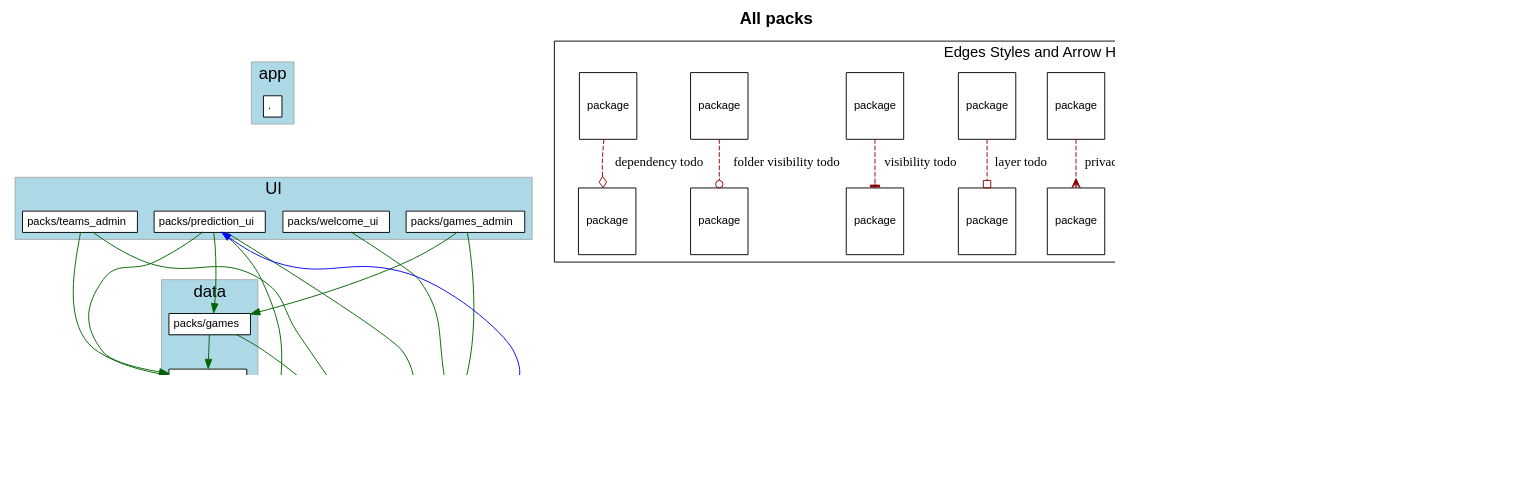
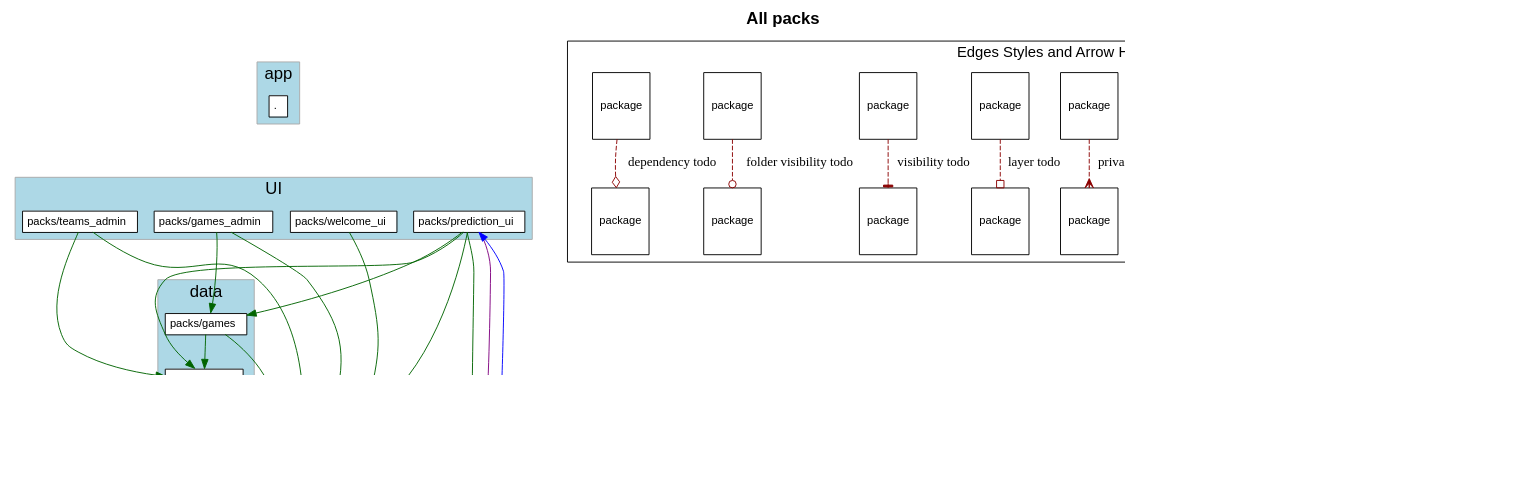
The diagram in diagrams/all_packs.dot (shageman/package-based-rails-applications), drawn with Graphviz before and after one commit. The commit also changed 10 other files, not shown here.

```diff
--- a/diagrams/all_packs.dot
+++ b/diagrams/all_packs.dot
@@ -124,12 +124,12 @@
       style=filled
         label="utility"
         cluster=true
-        rank = 3        "packs/predictor" [
+        rank = 3        "packs/prediction_ui/packs/predictor" [
             fontsize=12.0
             label= <
                 <table border='0' cellborder='1' cellspacing='0' cellpadding='16'><tr><td>
                   <table border='0' cellborder='1' cellspacing='0' cellpadding='4'>
-                    <tr> <td port='private'> packs/predictor </td> </tr>
+                    <tr> <td port='private'> packs/prediction_ui/packs/predictor </td> </tr>
                   </table>
                   </td></tr>
                   </table>
@@ -146,8 +146,8 @@
           ]
         
     }
-              "packs/games" -> "packs/predictor" [ style=invis ]
-              "packs/teams" -> "packs/predictor" [ style=invis ]
+              "packs/games" -> "packs/prediction_ui/packs/predictor" [ style=invis ]
+              "packs/teams" -> "packs/prediction_ui/packs/predictor" [ style=invis ]
               "packs/games" -> "packs/rails_shims" [ style=invis ]
               "packs/teams" -> "packs/rails_shims" [ style=invis ]
     subgraph NotInLayer {
@@ -162,14 +162,15 @@
           "packs/games_admin" -> "packs/games" [ color=darkgreen ]
           "packs/games_admin" -> "packs/rails_shims" [ color=darkgreen ]
           "packs/prediction_ui" -> "packs/games" [ color=darkgreen ]
-          "packs/prediction_ui" -> "packs/predictor" [ color=darkgreen ]
+          "packs/prediction_ui" -> "packs/prediction_ui/packs/predictor" [ color=darkgreen ]
           "packs/prediction_ui" -> "packs/rails_shims" [ color=darkgreen ]
           "packs/prediction_ui" -> "packs/teams" [ color=darkgreen ]
           "packs/teams" -> "packs/rails_shims" [ color=darkgreen ]
           "packs/teams_admin" -> "packs/rails_shims" [ color=darkgreen ]
           "packs/teams_admin" -> "packs/teams" [ color=darkgreen ]
           "packs/welcome_ui" -> "packs/rails_shims" [ color=darkgreen ]
-        "packs/predictor" -> "packs/prediction_ui" [ color=blue constraint=false ]
+          "packs/prediction_ui" -> "packs/prediction_ui/packs/predictor" [ color=purple ]
+        "packs/prediction_ui/packs/predictor" -> "packs/prediction_ui" [ color=blue constraint=false ]
     subgraph cluster_legend {
       fontsize=16
       label="Edges Styles and Arrow Heads"
```
